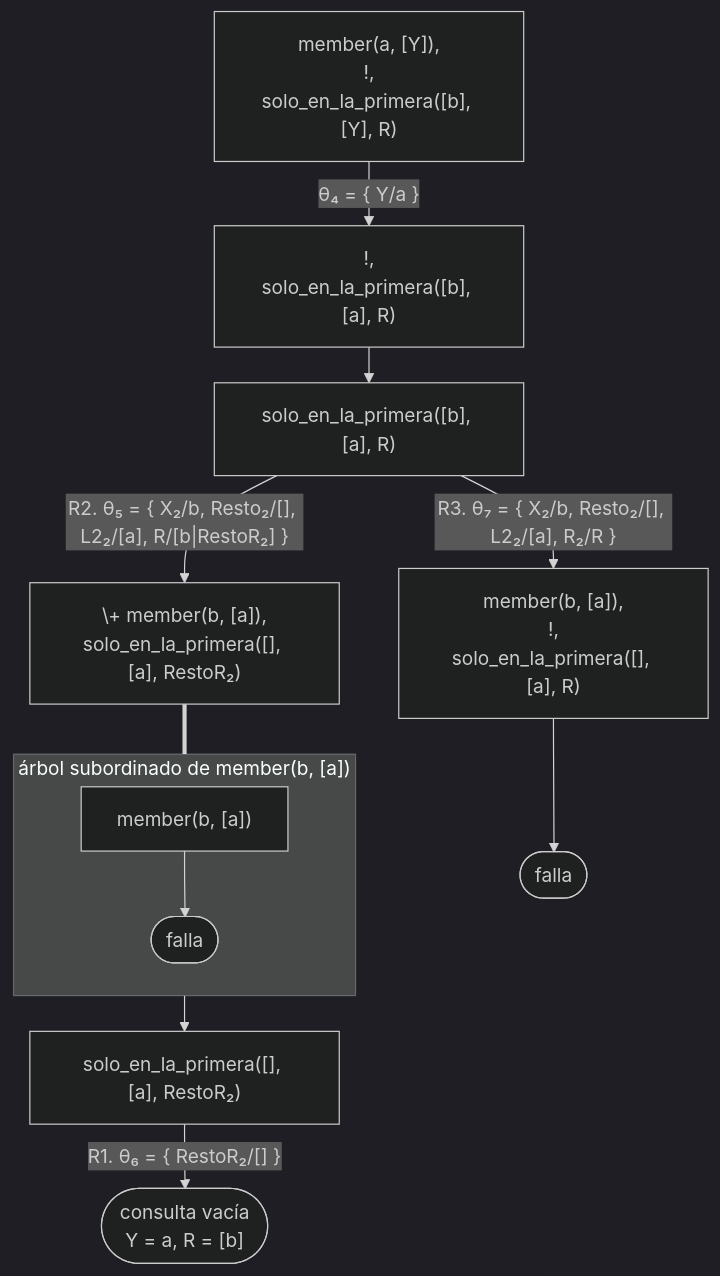
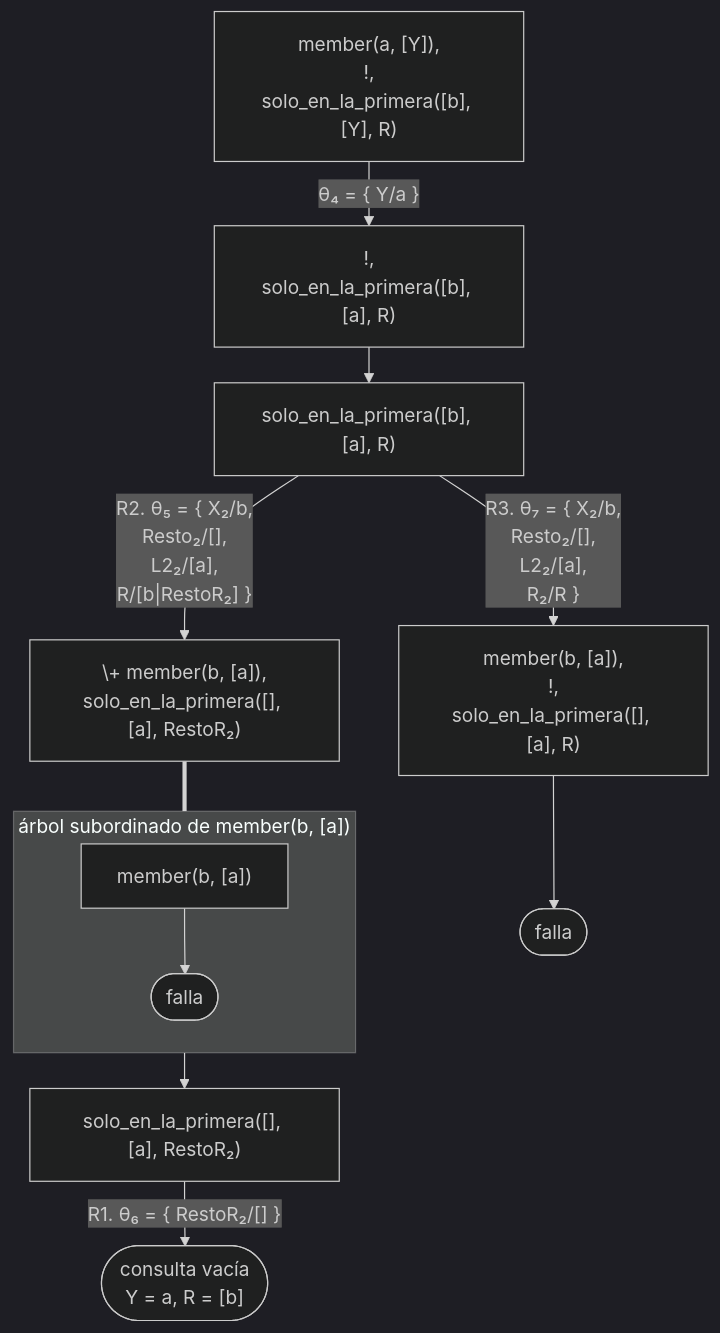
One commit to CesarBallardini/curso-de-prolog changed the fifth of 5 diagrams in docs/capitulo-10-negacion-como-falla/soluciones.md. Above: the diagram before and after it, drawn with Mermaid (dark theme). The commit also changed other lines of this file and 24 other files, not shown here.

First line of the commit message:
feat(docs): botones para ocultar las columnas laterales y etiquetas cortas en los diagramas

````diff
--- a/docs/capitulo-10-negacion-como-falla/soluciones.md
+++ b/docs/capitulo-10-negacion-como-falla/soluciones.md
@@ -854,17 +854,17 @@
 ```mermaid
 %%{init: {"flowchart": {"rankSpacing": 30}}}%%
 flowchart TD
     D["member(a, [Y]),<br/>!,<br/>solo_en_la_primera([b], [Y], R)"]
     D -- "θ₄ = {&nbsp;Y/a&nbsp;}" --> E["!,<br/>solo_en_la_primera([b], [a], R)"]
     E --> G["solo_en_la_primera([b], [a], R)"]
-    G -- "R2. θ₅ = {&nbsp;X₂/b, Resto₂/[], L2₂/[a], R/[b|RestoR₂]&nbsp;}" --> H["\+ member(b, [a]),<br/>solo_en_la_primera([], [a], RestoR₂)"]
+    G -- "R2. θ₅ = {&nbsp;X₂/b,<br/>Resto₂/[],<br/>L2₂/[a],<br/>R/[b|RestoR₂]&nbsp;}" --> H["\+ member(b, [a]),<br/>solo_en_la_primera([], [a], RestoR₂)"]
     H === s2
     subgraph s2 ["árbol subordinado de member(b, [a])"]
         direction TB
         I["member(b, [a])"] --> F2(["falla"])
     end
     s2 --> J["solo_en_la_primera([], [a], RestoR₂)"]
     J -- "R1. θ₆ = {&nbsp;RestoR₂/[]&nbsp;}" --> S(["consulta vacía<br/>Y = a, R = [b]"])
-    G -- "R3. θ₇ = {&nbsp;X₂/b, Resto₂/[], L2₂/[a], R₂/R&nbsp;}" --> K["member(b, [a]),<br/>!,<br/>solo_en_la_primera([], [a], R)"]
+    G -- "R3. θ₇ = {&nbsp;X₂/b,<br/>Resto₂/[],<br/>L2₂/[a],<br/>R₂/R&nbsp;}" --> K["member(b, [a]),<br/>!,<br/>solo_en_la_primera([], [a], R)"]
     K --> F3(["falla"])
 ```
````
